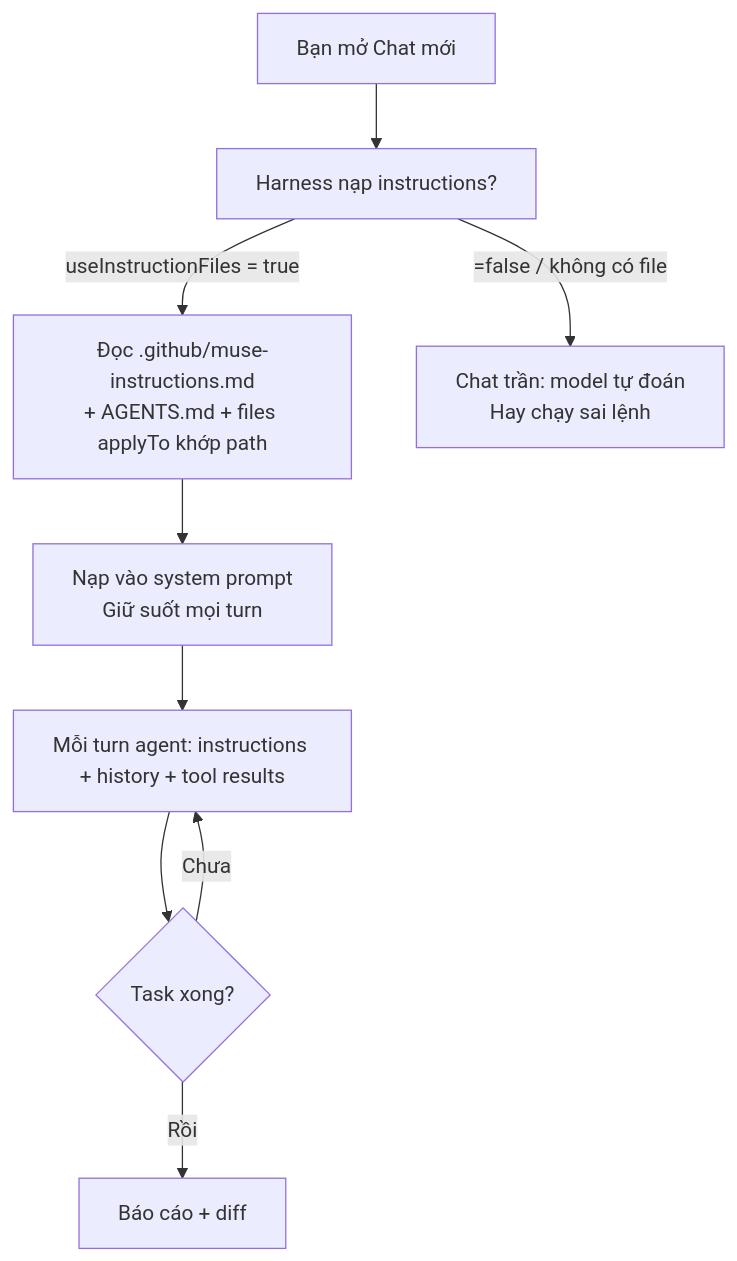
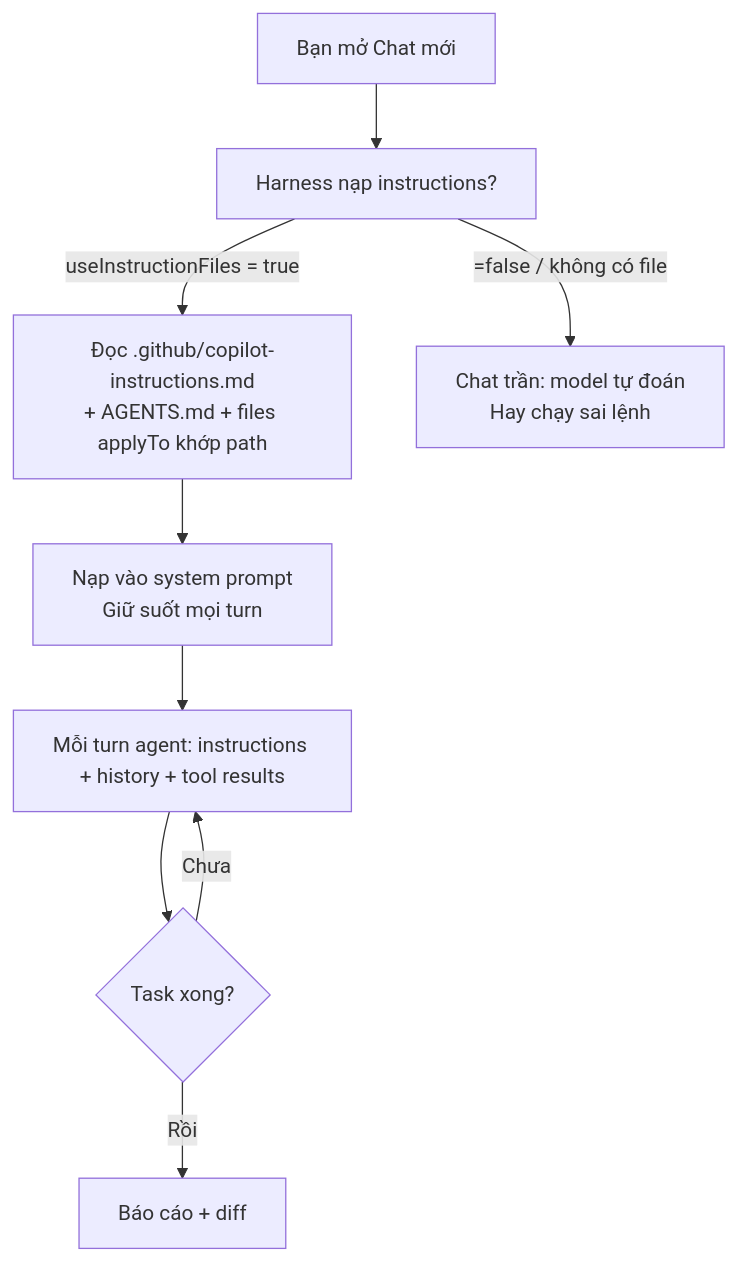
One commit to nbhson/tutorial-github-copilot changed the first of 2 diagrams in 01-huong-dan-su-dung/03-instructions-memory-rules.md. Above: the diagram before and after it, drawn with Mermaid. The commit also changed other lines of this file and 96 other files, not shown here.

````diff
--- a/01-huong-dan-su-dung/03-instructions-memory-rules.md
+++ b/01-huong-dan-su-dung/03-instructions-memory-rules.md
@@ -31,11 +29,11 @@
 ```mermaid
 flowchart TD
     A[Bạn mở Chat mới] --> B[Harness nạp instructions?]
-    B -- "useInstructionFiles = true" --> C[Đọc .github/muse-instructions.md\n+ AGENTS.md + files applyTo khớp path]
+    B -- "useInstructionFiles = true" --> C[Đọc .github/copilot-instructions.md\n+ AGENTS.md + files applyTo khớp path]
     B -- "=false / không có file" --> D[Chat trần: model tự đoán\n Hay chạy sai lệnh]
     C --> E[Nạp vào system prompt\nGiữ suốt mọi turn]
     E --> F[Mỗi turn agent: instructions + history + tool results]
     F --> G{Task xong?}
     G -- Chưa --> F
     G -- Rồi --> H[Báo cáo + diff]
 ```
````
